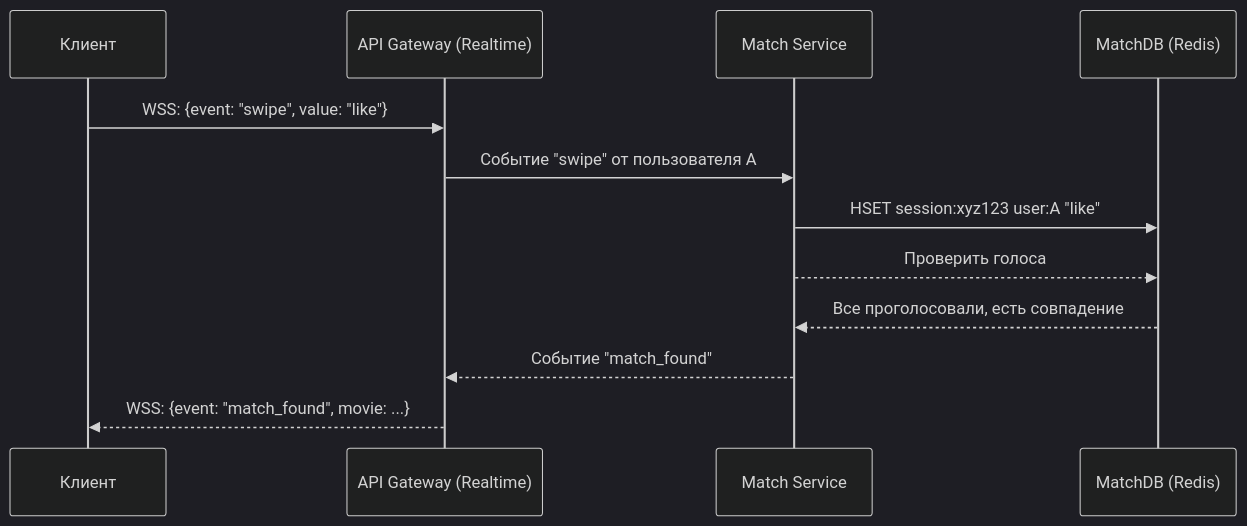
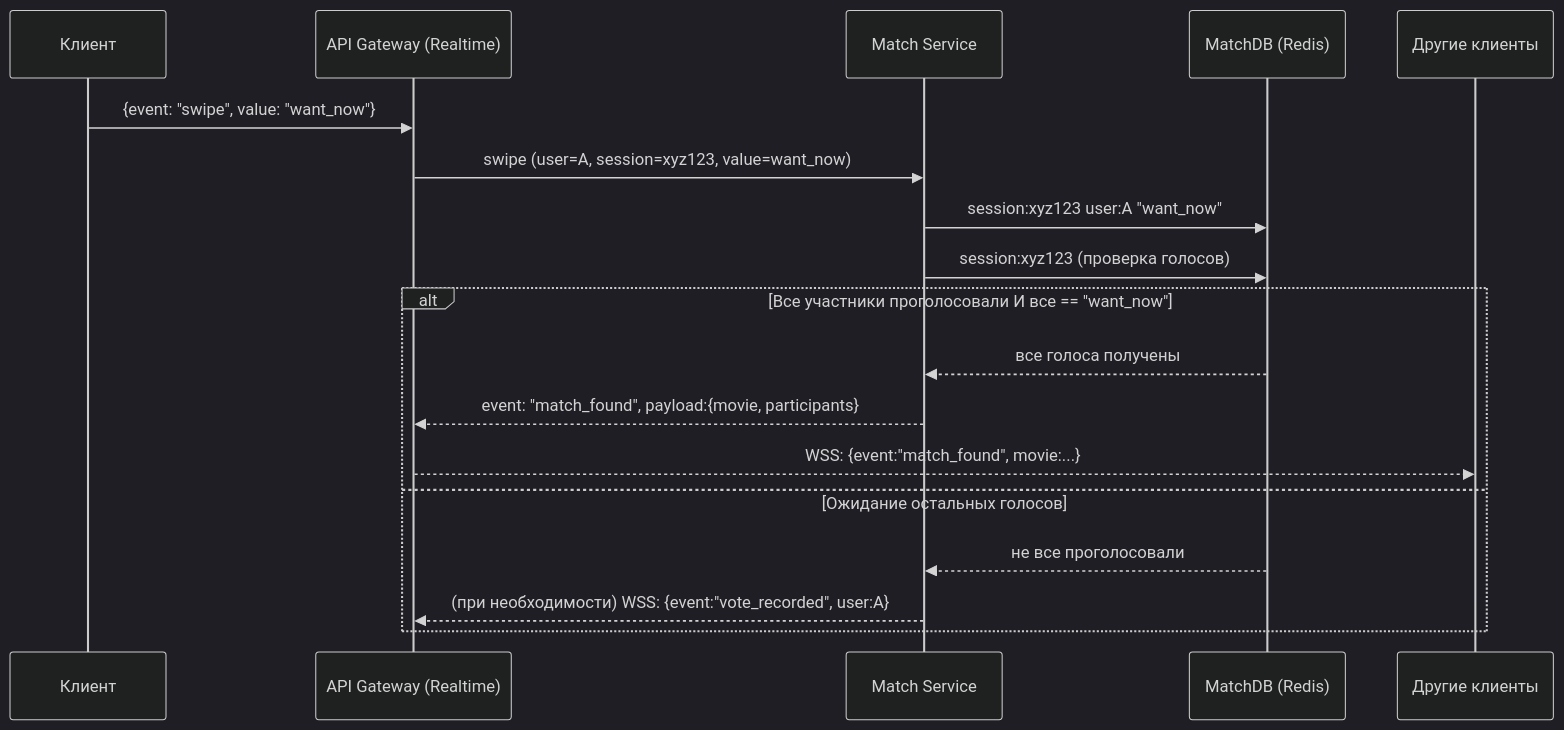
One commit to spbu-ds-practicum-2025/dodep changed the fourth of 6 diagrams in docs/tr.md. Above: the diagram before and after it, drawn with Mermaid (dark theme). The commit also changed other lines of this file, not shown here.

````diff
--- a/docs/tr.md
+++ b/docs/tr.md
@@ -198,15 +217,21 @@
 ```mermaid
 sequenceDiagram
   participant Client as Клиент
   participant Gateway as API Gateway (Realtime)
   participant MatchSvc as Match Service
   participant MatchDB as MatchDB (Redis)
+  participant OtherClients as Другие клиенты
 
-  Client->>Gateway: WSS: {event: "swipe", value: "like"}
-  Gateway->>MatchSvc: Событие "swipe" от пользователя А
-  MatchSvc->>MatchDB: HSET session:xyz123 user:A "like"
-  MatchSvc-->>MatchDB: Проверить голоса
-  MatchDB-->>MatchSvc: Все проголосовали, есть совпадение
-  MatchSvc-->>Gateway: Событие "match_found"
-  Gateway-->>Client: WSS: {event: "match_found", movie: ...}
+  Client->>Gateway: {event: "swipe", value: "want_now"}
+  Gateway->>MatchSvc: swipe (user=A, session=xyz123, value=want_now)
+  MatchSvc->>MatchDB: session:xyz123 user:A "want_now"
+  MatchSvc->>MatchDB: session:xyz123 (проверка голосов)
+  alt Все участники проголосовали И все == "want_now"
+    MatchDB-->>MatchSvc: все голоса получены
+    MatchSvc-->>Gateway: event: "match_found", payload:{movie, participants}
+    Gateway-->>OtherClients: WSS: {event:"match_found", movie:...}
+  else Ожидание остальных голосов
+    MatchDB-->>MatchSvc: не все проголосовали
+    MatchSvc-->>Gateway: (при необходимости) WSS: {event:"vote_recorded", user:A}
+  end
 ```
````
